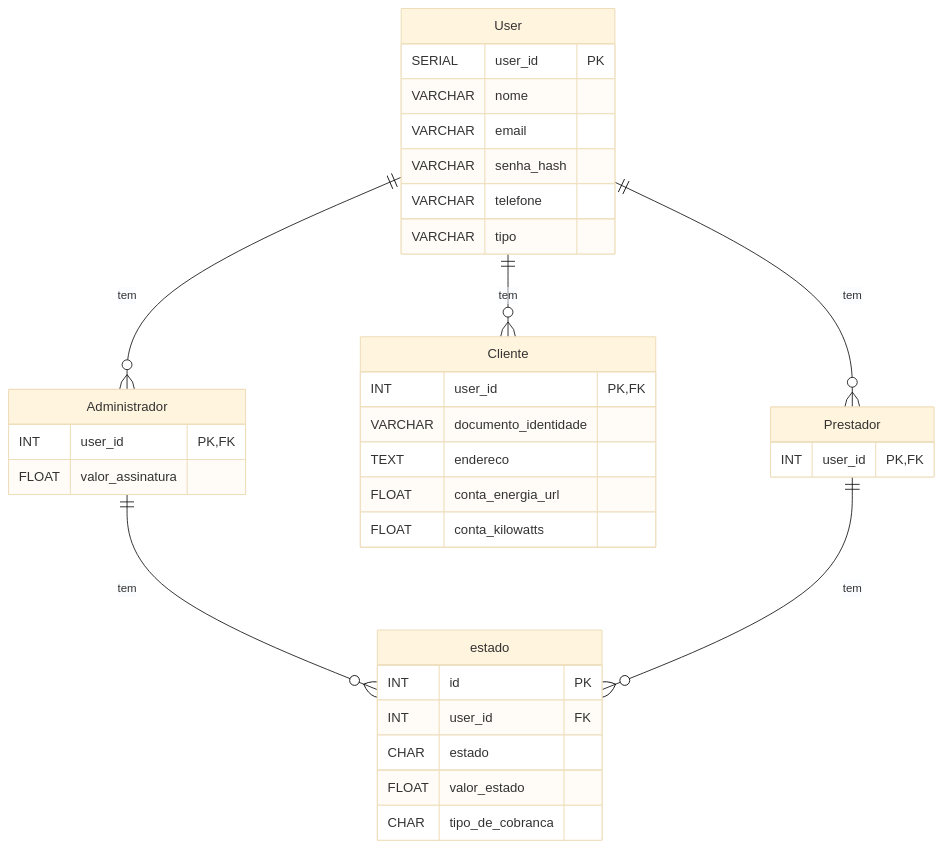
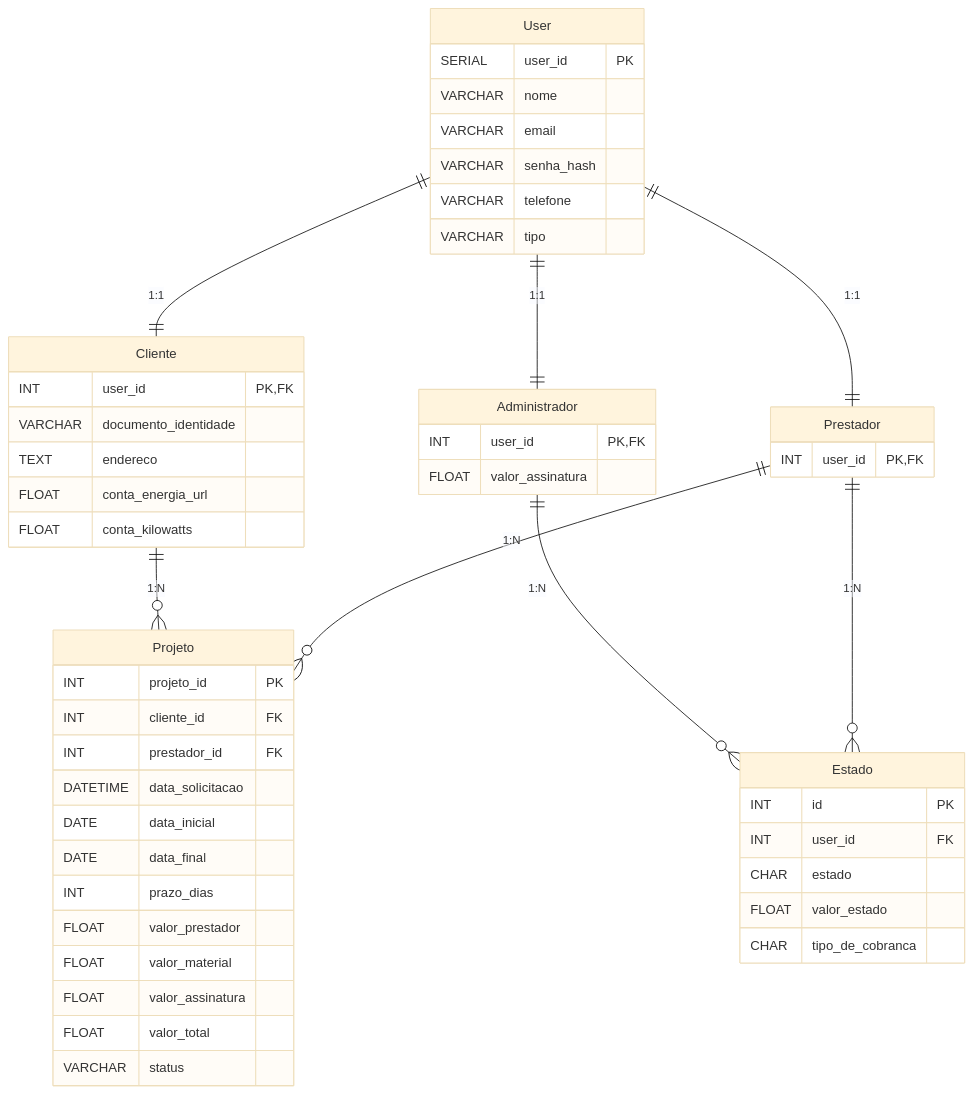
One commit to GuilhermeKaneda/CRM_API changed the diagram in README.md. Above: the diagram before and after it, drawn with Mermaid (base theme).

Commit message:
docs: update diagram ERD

````diff
--- a/README.md
+++ b/README.md
@@ -2,42 +2,59 @@
 ```mermaid
     erDiagram
         User {
             SERIAL user_id PK
             VARCHAR nome
             VARCHAR email
             VARCHAR senha_hash
             VARCHAR telefone
             VARCHAR tipo
         }
 
         Administrador {
             INT user_id PK, FK
             FLOAT valor_assinatura
         }
 
         Cliente {
             INT user_id PK, FK
             VARCHAR documento_identidade
             TEXT endereco
             FLOAT conta_energia_url
             FLOAT conta_kilowatts
         }
 
         Prestador {
             INT user_id PK, FK
         }
 
-        estado {
+        Estado {
             INT id PK
             INT user_id FK
             CHAR estado
             FLOAT valor_estado
             CHAR tipo_de_cobranca
         }
 
-    User ||--o{ Cliente : "tem"
-    User ||--o{ Prestador : "tem"
-    User ||--o{ Administrador : "tem"
-    Administrador ||--o{ estado : "tem"
-    Prestador ||--o{ estado : "tem"
+        Projeto {
+            INT projeto_id PK
+            INT cliente_id FK
+            INT prestador_id FK
+            DATETIME data_solicitacao
+            DATE data_inicial
+            DATE data_final
+            INT prazo_dias
+            FLOAT valor_prestador
+            FLOAT valor_material
+            FLOAT valor_assinatura
+            FLOAT valor_total
+            VARCHAR status
+        }
+
+        User ||--|| Cliente : "1:1"
+        User ||--|| Prestador : "1:1"
+        User ||--|| Administrador : "1:1"
+        Administrador ||--o{ Estado : "1:N"
+        Prestador ||--o{ Estado : "1:N"
+        Cliente ||--o{ Projeto : "1:N"
+        Prestador ||--o{ Projeto : "1:N"
 ```
````
